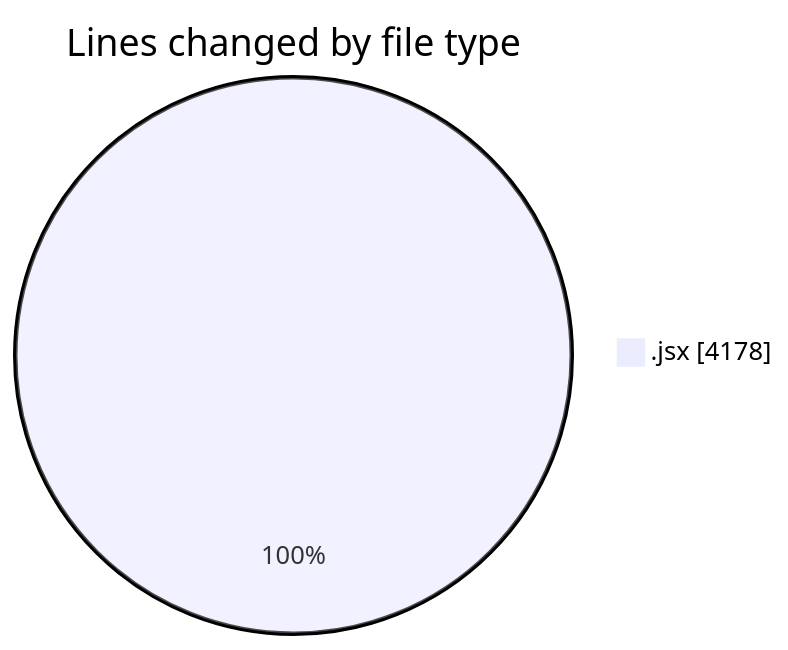
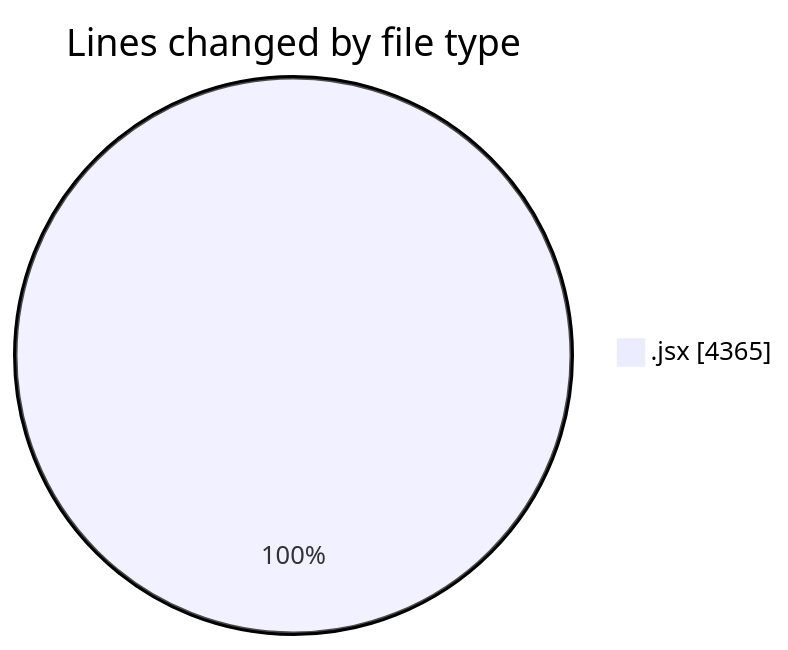
Before and after one commit to nxtqubesakshisongat/code-tracking: the first of 2 diagrams in 2025-07-08/argos/README.md, drawn with Mermaid. The commit also changed other lines of this file and 1 other file, not shown here.

````diff
--- a/2025-07-08/argos/README.md
+++ b/2025-07-08/argos/README.md
@@ -25,5 +25,5 @@
 ```mermaid
 pie showData
 title Lines changed by file type
-".jsx" : 4178
+".jsx" : 4365
 ```
````
